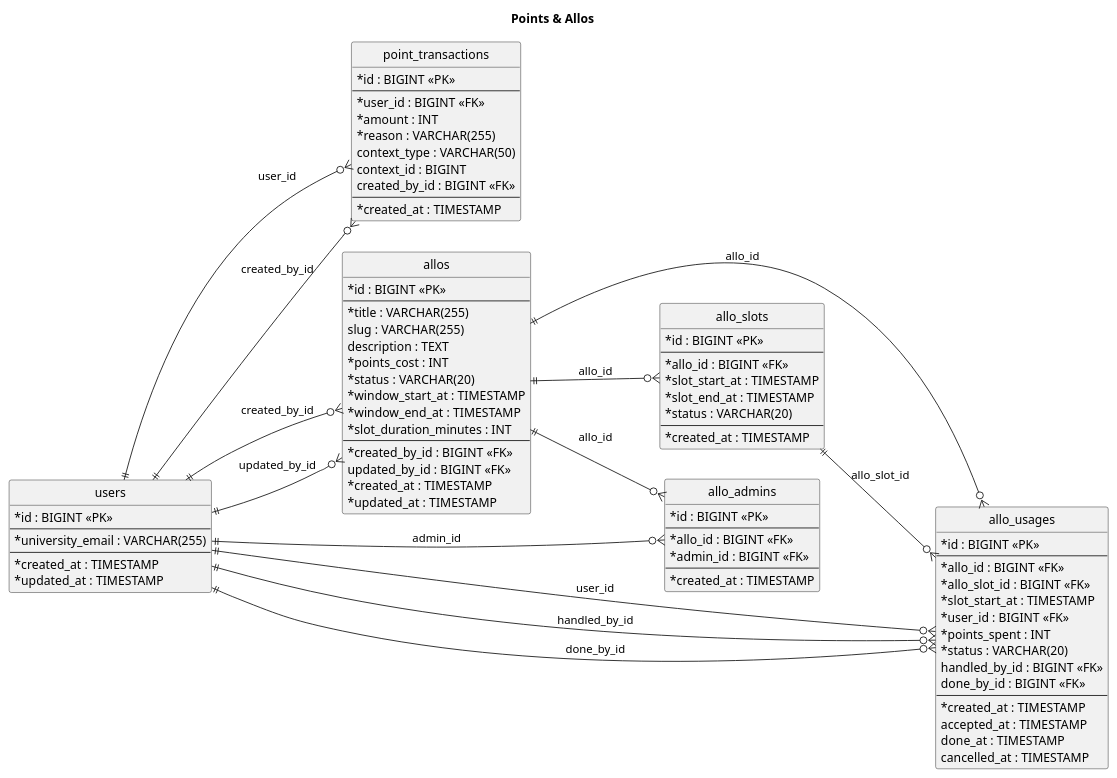
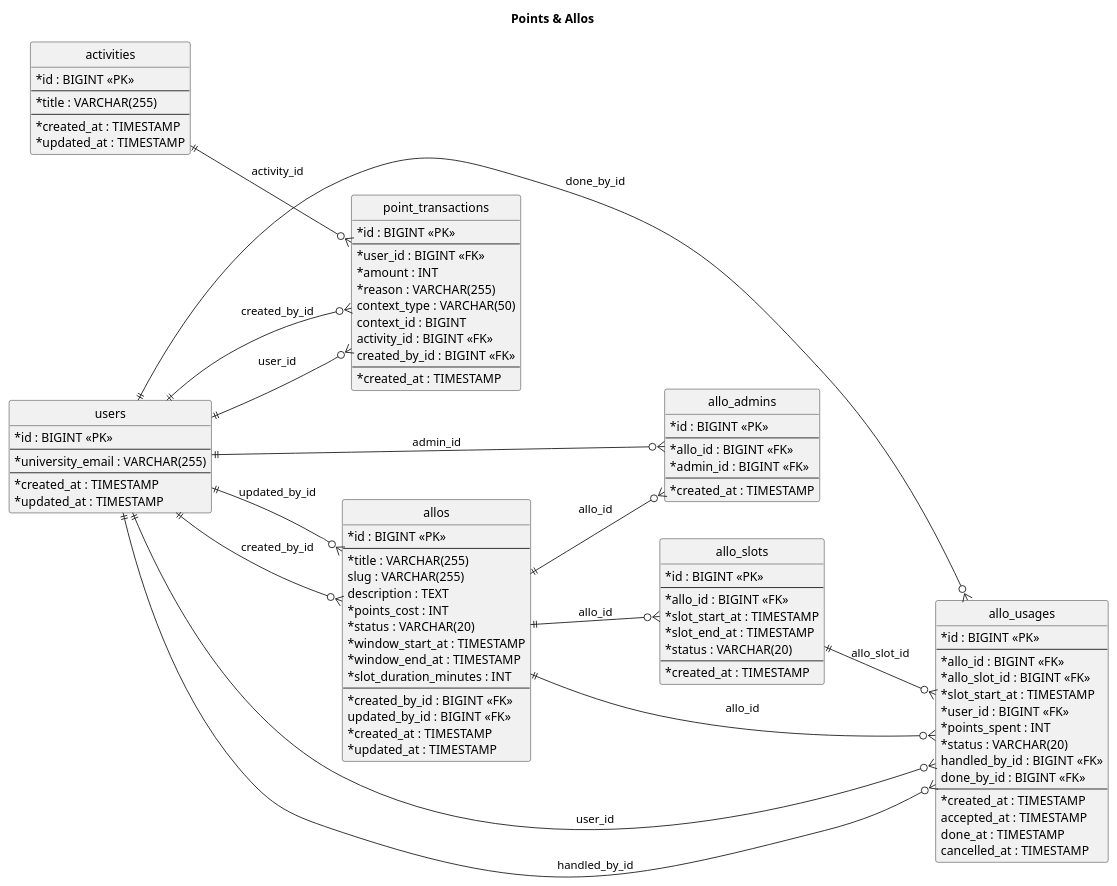
Before and after one commit to DanerSharifi-FR/passion-bds-website: the third of 8 diagrams in docs/database/2-modelisation.plantuml, drawn with PlantUML. The commit also changed other lines of this file, not shown here.

```diff
--- a/docs/database/2-modelisation.plantuml
+++ b/docs/database/2-modelisation.plantuml
@@ -66,103 +156,114 @@
 @startuml Points_Allos
 skinparam classAttributeIconSize 0
 hide circle
 left to right direction
 title Points & Allos
 
 entity users {
   * id : BIGINT <<PK>>
   --
   * university_email : VARCHAR(255)
   --
   * created_at : TIMESTAMP
   * updated_at : TIMESTAMP
 }
 
+entity activities {
+  * id : BIGINT <<PK>>
+  --
+  * title : VARCHAR(255)
+  --
+  * created_at : TIMESTAMP
+  * updated_at : TIMESTAMP
+}
+
 entity point_transactions {
   * id : BIGINT <<PK>>
   --
   * user_id : BIGINT <<FK>>
   * amount : INT
   * reason : VARCHAR(255)
     context_type : VARCHAR(50)
     context_id : BIGINT
+    activity_id : BIGINT <<FK>>
     created_by_id : BIGINT <<FK>>
   --
   * created_at : TIMESTAMP
 }
 
 entity allos {
   * id : BIGINT <<PK>>
   --
   * title : VARCHAR(255)
     slug : VARCHAR(255)
     description : TEXT
   * points_cost : INT
   * status : VARCHAR(20)
   * window_start_at : TIMESTAMP
   * window_end_at : TIMESTAMP
   * slot_duration_minutes : INT
   --
   * created_by_id : BIGINT <<FK>>
     updated_by_id : BIGINT <<FK>>
   * created_at : TIMESTAMP
   * updated_at : TIMESTAMP
 }
 
 entity allo_admins {
   * id : BIGINT <<PK>>
   --
   * allo_id : BIGINT <<FK>>
   * admin_id : BIGINT <<FK>>
   --
   * created_at : TIMESTAMP
 }
 
 entity allo_slots {
   * id : BIGINT <<PK>>
   --
   * allo_id : BIGINT <<FK>>
   * slot_start_at : TIMESTAMP
   * slot_end_at : TIMESTAMP
   * status : VARCHAR(20)
   --
   * created_at : TIMESTAMP
 }
 
 entity allo_usages {
   * id : BIGINT <<PK>>
   --
   * allo_id : BIGINT <<FK>>
   * allo_slot_id : BIGINT <<FK>>
   * slot_start_at : TIMESTAMP
   * user_id : BIGINT <<FK>>
   * points_spent : INT
   * status : VARCHAR(20)
     handled_by_id : BIGINT <<FK>>
     done_by_id : BIGINT <<FK>>
   --
   * created_at : TIMESTAMP
     accepted_at : TIMESTAMP
     done_at : TIMESTAMP
     cancelled_at : TIMESTAMP
 }
 
 ' relations
 users ||--o{ point_transactions : user_id
 users ||--o{ point_transactions : created_by_id
+activities ||--o{ point_transactions : activity_id
 
 users ||--o{ allos : created_by_id
 users ||--o{ allos : updated_by_id
 
 allos ||--o{ allo_admins : allo_id
 users ||--o{ allo_admins : admin_id
 
 allos ||--o{ allo_slots : allo_id
 
 allos ||--o{ allo_usages : allo_id
 allo_slots ||--o{ allo_usages : allo_slot_id
 users ||--o{ allo_usages : user_id
 users ||--o{ allo_usages : handled_by_id
 users ||--o{ allo_usages : done_by_id
 
 @enduml
```
